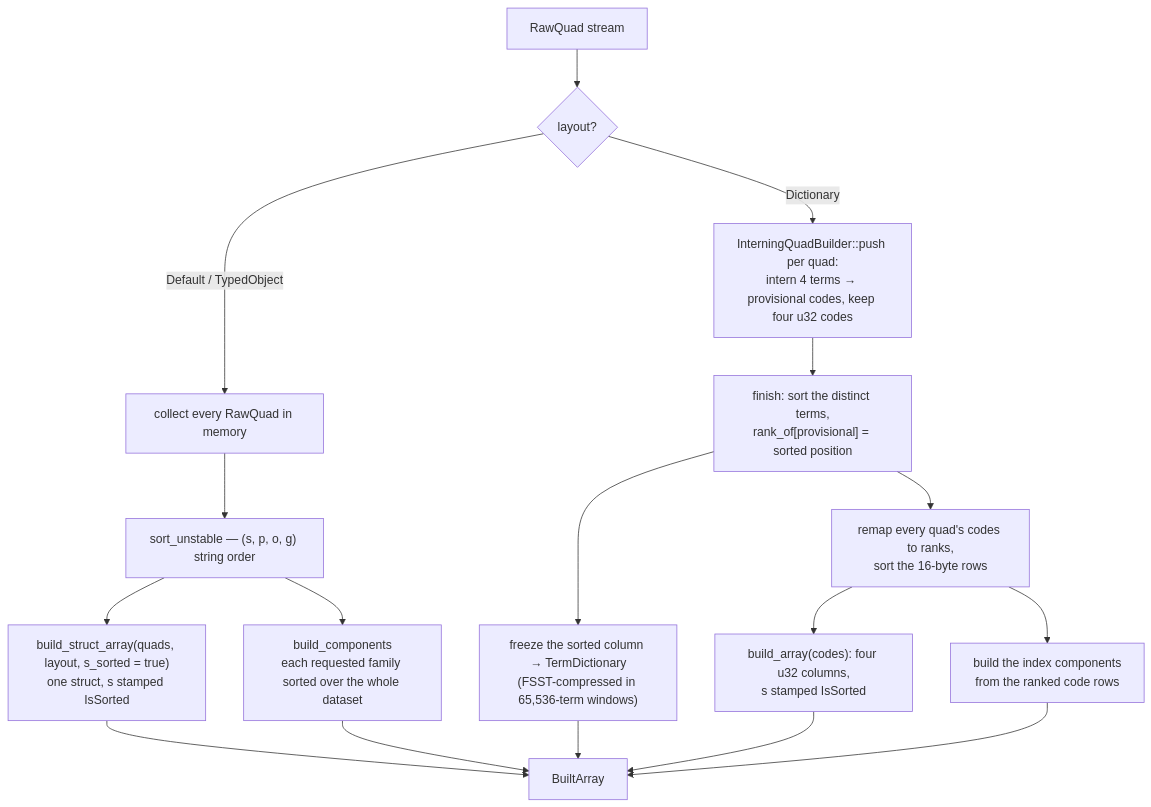
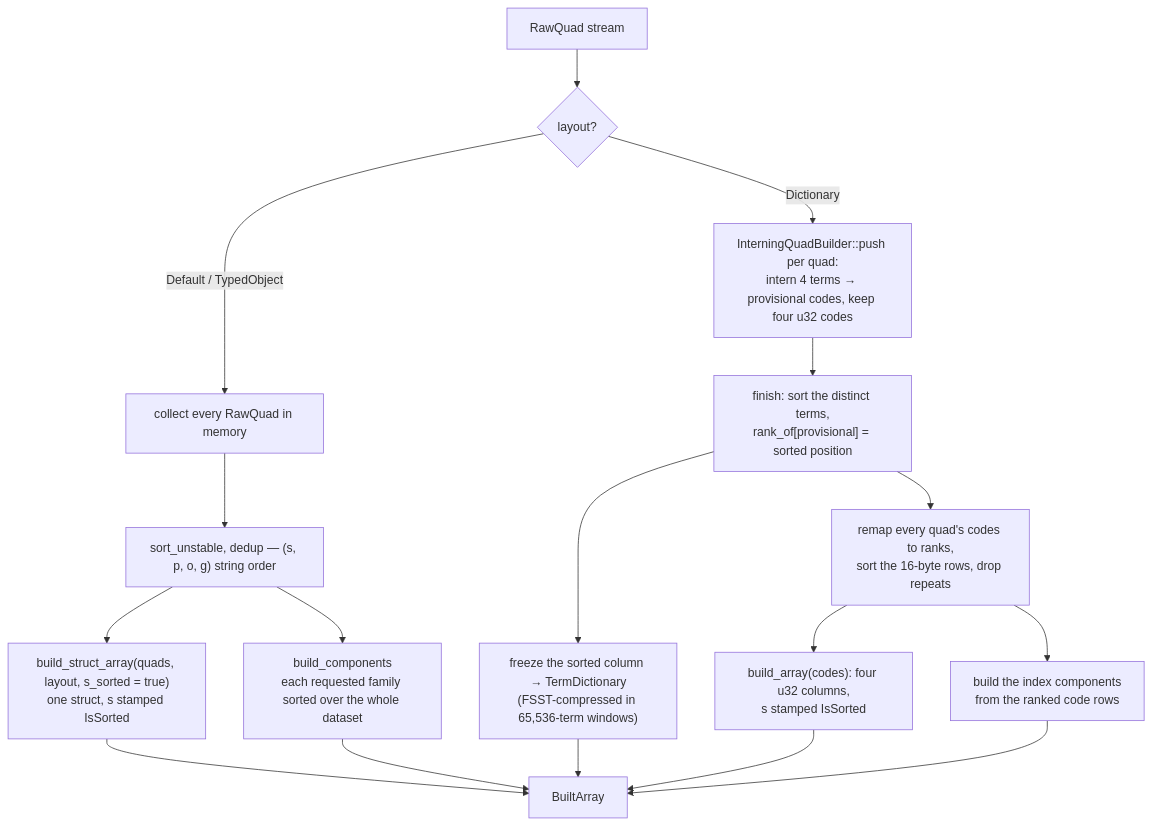
Before and after one commit to vortex-rdf/vortex-rdf: the second of 4 diagrams in docs/serialization.md, drawn with Mermaid. The commit also changed other lines of this file and 14 other files, not shown here.

````diff
--- a/docs/serialization.md
+++ b/docs/serialization.md
@@ -131,22 +145,22 @@
 ```mermaid
 flowchart TD
     S["RawQuad stream"] --> L{"layout?"}
 
     L -- "Default / TypedObject" --> A1["collect every RawQuad in memory"]
-    A1 --> A2["sort_unstable — (s, p, o, g) string order"]
+    A1 --> A2["sort_unstable, dedup — (s, p, o, g) string order"]
     A2 --> A3["build_struct_array(quads, layout, s_sorted = true)<br/>one struct, s stamped IsSorted"]
     A2 --> A4["build_components<br/>each requested family sorted over the whole dataset"]
 
     L -- "Dictionary" --> B1["InterningQuadBuilder::push per quad:<br/>intern 4 terms → provisional codes, keep four u32 codes"]
     B1 --> B2["finish: sort the distinct terms,<br/>rank_of[provisional] = sorted position"]
     B2 --> B3["freeze the sorted column → TermDictionary<br/>(FSST-compressed in 65,536-term windows)"]
-    B2 --> B4["remap every quad's codes to ranks,<br/>sort the 16-byte rows"]
+    B2 --> B4["remap every quad's codes to ranks,<br/>sort the 16-byte rows, drop repeats"]
     B4 --> B5["build_array(codes): four u32 columns,<br/>s stamped IsSorted"]
     B4 --> B6["build the index components<br/>from the ranked code rows"]
 
     A3 --> R["BuiltArray"]
     A4 --> R
     B3 --> R
     B5 --> R
     B6 --> R
 ```
````
